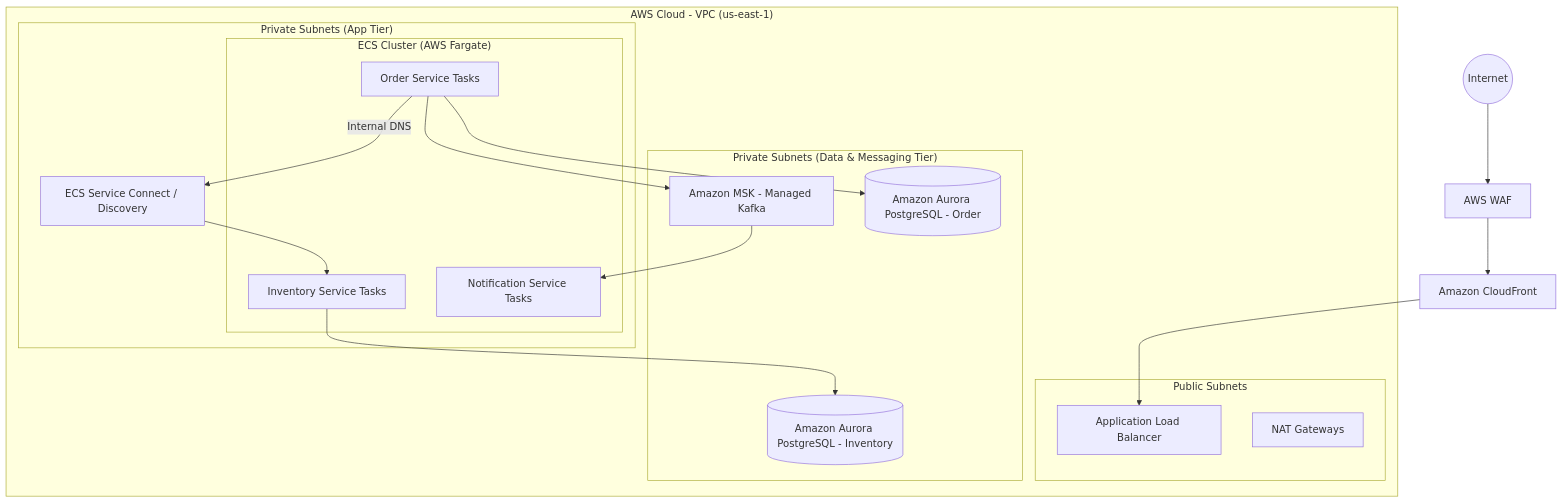
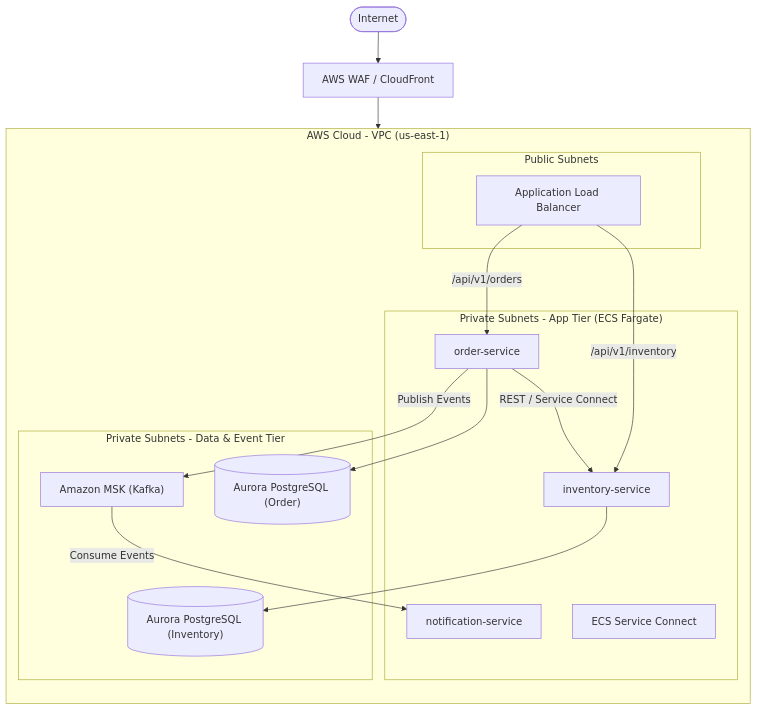
The third of 3 diagrams in docs/architecture.md (soniaGarcia/orderinvent-platform), drawn with Mermaid before and after one commit.

````diff
--- a/docs/architecture.md
+++ b/docs/architecture.md
@@ -81,35 +81,41 @@
 ```mermaid
-graph TB
-    Internet((Internet)) --> WAF[AWS WAF]
-    WAF --> CloudFront[Amazon CloudFront]
-    CloudFront --> ALB[Application Load Balancer]
+graph TD
+    Client([Internet]) --> WAF[AWS WAF / CloudFront]
+    WAF --> ALB[Application Load Balancer]
 
     subgraph VPC["AWS Cloud - VPC (us-east-1)"]
+        direction TD
+        
         subgraph PublicSubnets["Public Subnets"]
             ALB
-            NAT[NAT Gateways]
         end
 
-        subgraph AppTier["Private Subnets (App Tier)"]
-            subgraph ECSCluster["ECS Cluster (AWS Fargate)"]
-                ECS_Order[Order Service Tasks]
-                ECS_Inv[Inventory Service Tasks]
-                ECS_Notif[Notification Service Tasks]
-            end
-            ServiceConnect[ECS Service Connect / Discovery]
+        subgraph AppTier["Private Subnets - App Tier (ECS Fargate)"]
+            OrderSvc["order-service"]
+            InvSvc["inventory-service"]
+            NotifSvc["notification-service"]
+            SvcConnect["ECS Service Connect"]
         end
 
-        subgraph DataTier["Private Subnets (Data & Messaging Tier)"]
-            MSK[Amazon MSK - Managed Kafka]
-            Aurora_Order[(Amazon Aurora PostgreSQL - Order)]
-            Aurora_Inv[(Amazon Aurora PostgreSQL - Inventory)]
+        subgraph DataTier["Private Subnets - Data & Event Tier"]
+            MSK["Amazon MSK (Kafka)"]
+            DB_Order[("Aurora PostgreSQL (Order)")]
+            DB_Inv[("Aurora PostgreSQL (Inventory)")]
         end
     end
 
-    ECS_Order -->|Internal DNS| ServiceConnect
-    ServiceConnect --> ECS_Inv
-    ECS_Order --> Aurora_Order
-    ECS_Inv --> Aurora_Inv
-    ECS_Order --> MSK
-    MSK --> ECS_Notif
+    %% Enrutamiento de Entrada
+    ALB -->|/api/v1/orders| OrderSvc
+    ALB -->|/api/v1/inventory| InvSvc
+
+    %% Comunicación Este-Oeste
+    OrderSvc -->|REST / Service Connect| InvSvc
+    
+    %% Persistencia
+    OrderSvc --> DB_Order
+    InvSvc --> DB_Inv
+
+    %% Eventos
+    OrderSvc -->|Publish Events| MSK
+    MSK -->|Consume Events| NotifSvc
 ```
````
